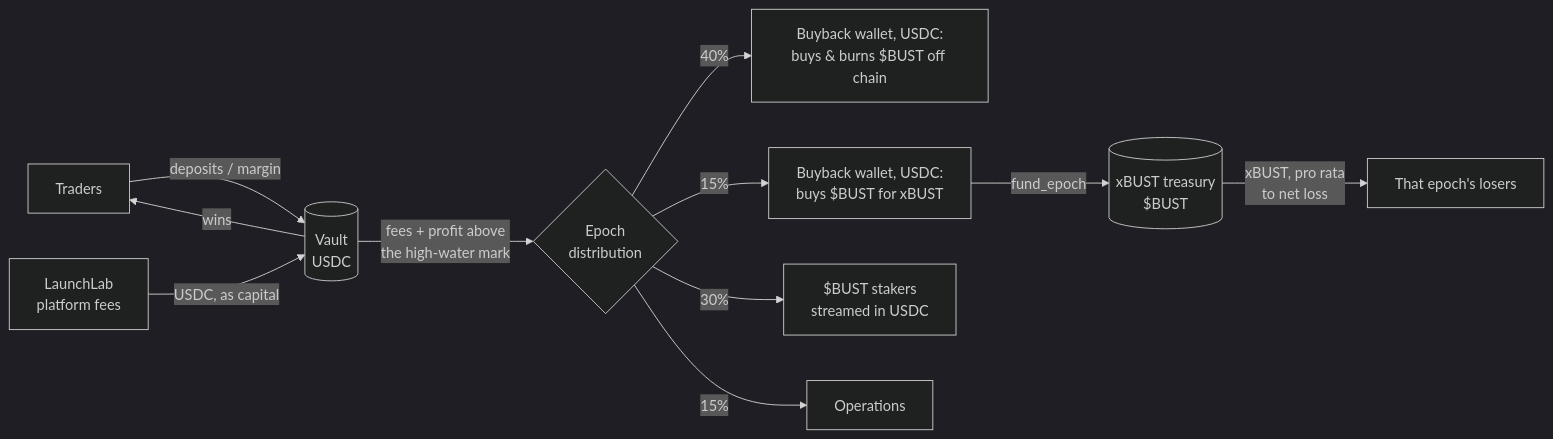
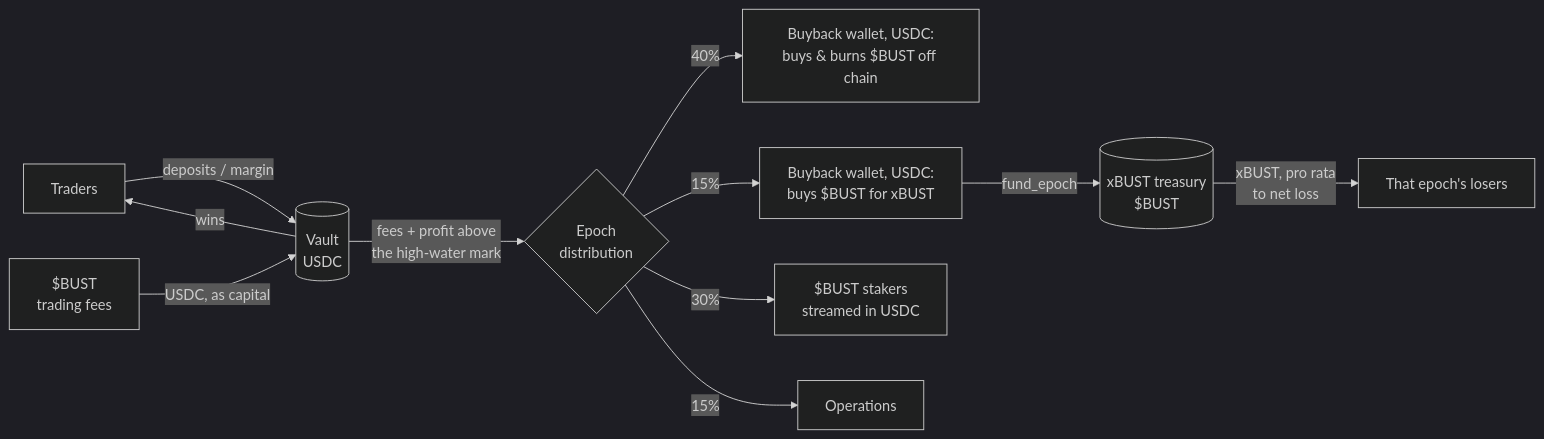
The first of 2 diagrams in README.md (get-bust/bust-program), drawn with Mermaid (dark theme) before and after one commit. The commit also changed other lines of this file and 11 other files, not shown here.

````diff
--- a/README.md
+++ b/README.md
@@ -45,13 +45,13 @@
 ```mermaid
 flowchart LR
     T[Traders] -- deposits / margin --> V[(Vault<br/>USDC)]
     V -- wins --> T
-    LL[LaunchLab<br/>platform fees] -- USDC, as capital --> V
+    TF[$BUST<br/>trading fees] -- USDC, as capital --> V
     V -- "fees + profit above<br/>the high-water mark" --> D{Epoch<br/>distribution}
     D -- 40% --> B[Buyback wallet, USDC:<br/>buys & burns $BUST off chain]
     D -- 15% --> X[Buyback wallet, USDC:<br/>buys $BUST for xBUST]
     D -- 30% --> S[$BUST stakers<br/>streamed in USDC]
     D -- 15% --> DEV[Operations]
     X -- fund_epoch --> TR[(xBUST treasury<br/>$BUST)]
     TR -- "xBUST, pro rata<br/>to net loss" --> L[That epoch's losers]
 ```
````
